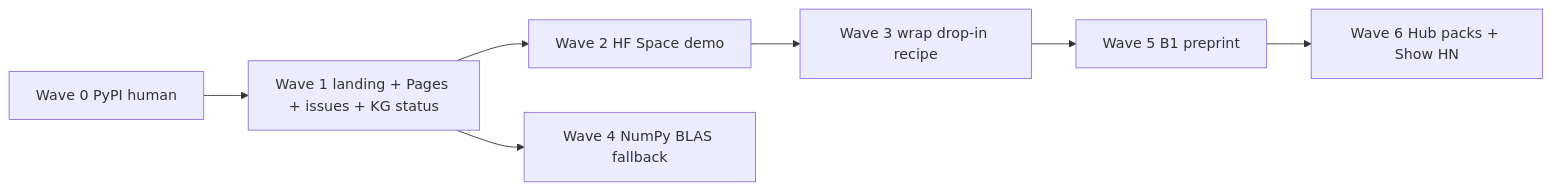
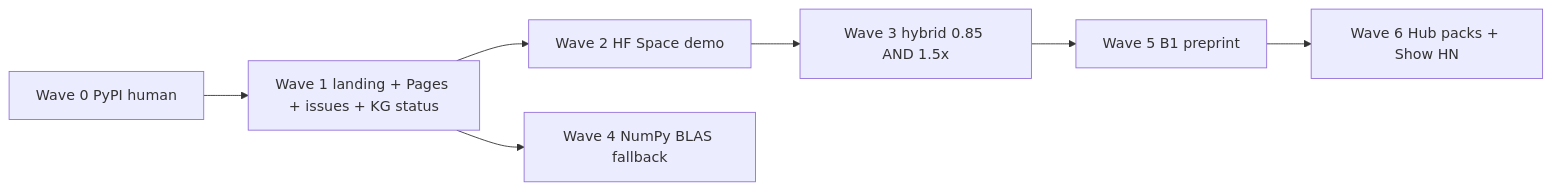
The diagram in docs/TRANSFORMATION_PLAN.md (KanakMalpani/Binary-Neural-Networks), drawn with Mermaid before and after one commit. The commit also changed other lines of this file and 1 other file, not shown here.

First line of the commit message:
docs: tighten Wave 3 AND-exit and issue #1 on the transformation plan

````diff
--- a/docs/TRANSFORMATION_PLAN.md
+++ b/docs/TRANSFORMATION_PLAN.md
@@ -225,15 +231,15 @@
 ```mermaid
 flowchart LR
   W0[Wave 0 PyPI human]
   W1[Wave 1 landing + Pages + issues + KG status]
   W2[Wave 2 HF Space demo]
-  W3[Wave 3 wrap drop-in recipe]
+  W3[Wave 3 hybrid 0.85 AND 1.5x]
   W4[Wave 4 NumPy BLAS fallback]
   W5[Wave 5 B1 preprint]
   W6[Wave 6 Hub packs + Show HN]
   W0 --> W1 --> W2
   W1 --> W4
   W2 --> W3
   W3 --> W5
   W5 --> W6
 ```
````
